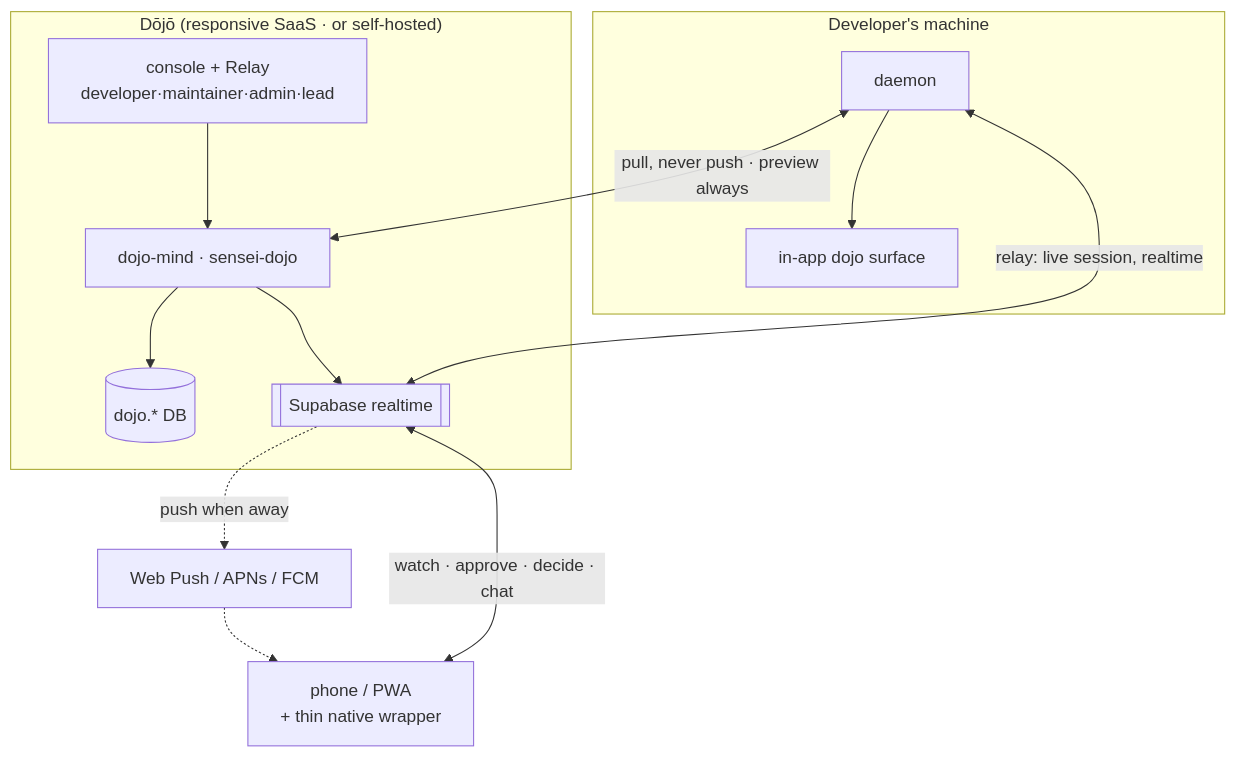
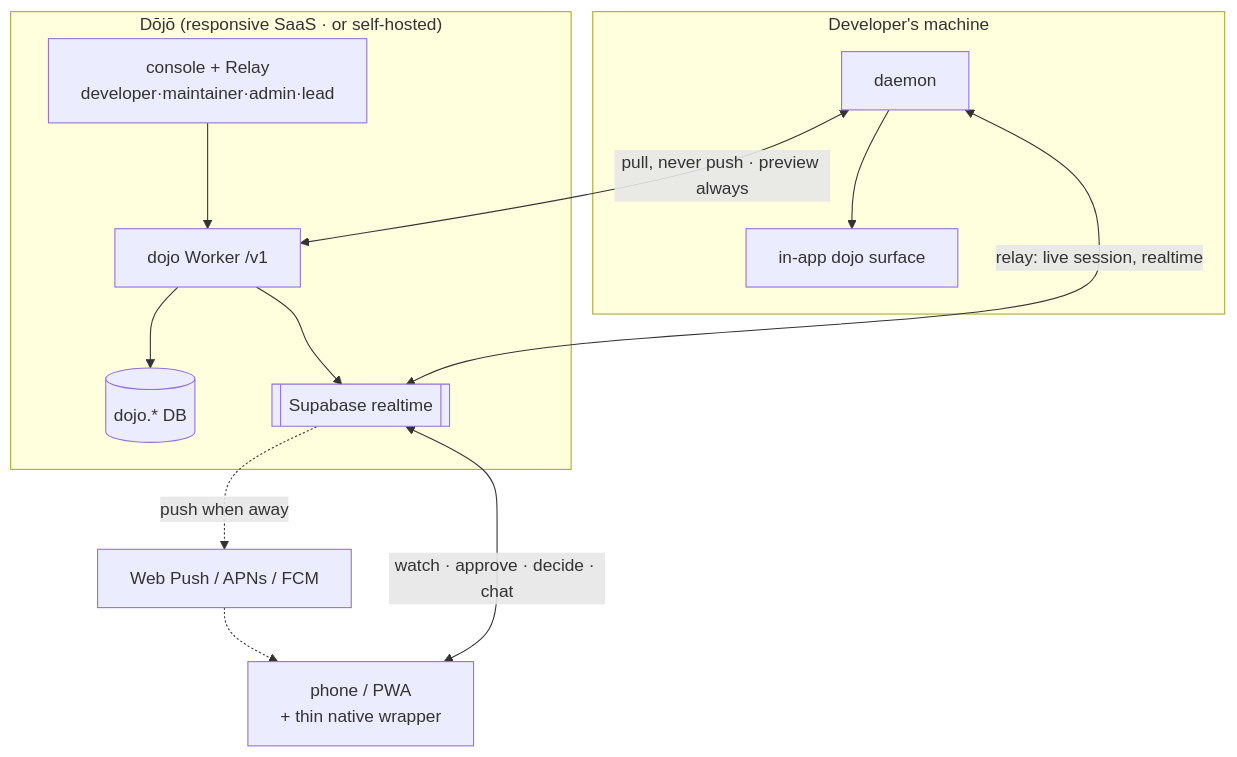
The first of 2 diagrams in docs/architecture/dojo.md (sensei-hq/sensei), drawn with Mermaid before and after one commit. The commit also changed other lines of this file and 46 other files, not shown here.

First line of the commit message:
refactor: delete dojo-mind Rust service — Worker /v1 is the dōjō backend (retirement complete)

````diff
--- a/docs/architecture/dojo.md
+++ b/docs/architecture/dojo.md
@@ -18,16 +18,16 @@
 ```mermaid
 flowchart TD
     subgraph client[Developer's machine]
         D[daemon] --> INAPP[in-app dojo surface]
     end
     subgraph saas["Dōjō (responsive SaaS · or self-hosted)"]
-        CONSOLE[console + Relay<br/>developer·maintainer·admin·lead] --> SVC[dojo-mind · sensei-dojo]
+        CONSOLE[console + Relay<br/>developer·maintainer·admin·lead] --> SVC[dojo Worker /v1]
         SVC --> DDB[(dojo.* DB)]
         SVC --> RT[[Supabase realtime]]
     end
     PHONE[phone / PWA<br/>+ thin native wrapper]
     D <-->|pull, never push · preview always| SVC
     D <-->|relay: live session, realtime| RT
     PHONE <-->|watch · approve · decide · chat| RT
     RT -.->|push when away| PUSH[Web Push / APNs / FCM] -.-> PHONE
 ```
````
